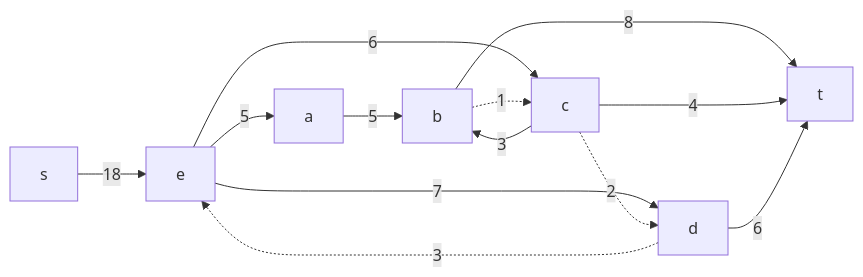
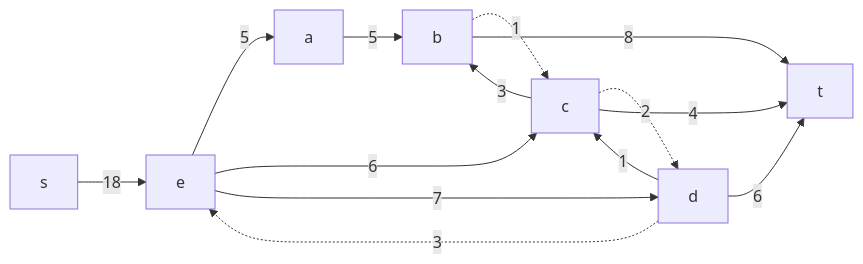
Before and after one commit to hse-algo-24-raven/manual-tasks-raven: diagram 12 of 14 in task-10/pustobek.md, drawn with Mermaid. The commit also changed other lines of this file, not shown here.

````diff
--- a/task-10/pustobek.md
+++ b/task-10/pustobek.md
@@ -247,15 +247,16 @@
 ```mermaid
 graph LR
     s-->|18|e
     e-->|5|a
     e-->|6|c
     d-.->|3|e
     e-->|7|d
     a-->|5|b
     b-.->|1|c
     c-->|3|b
     c-.->|2|d
+    d-->|1|c
     b-->|8|t
     c-->|4|t
     d-->|6|t
 ```
````
